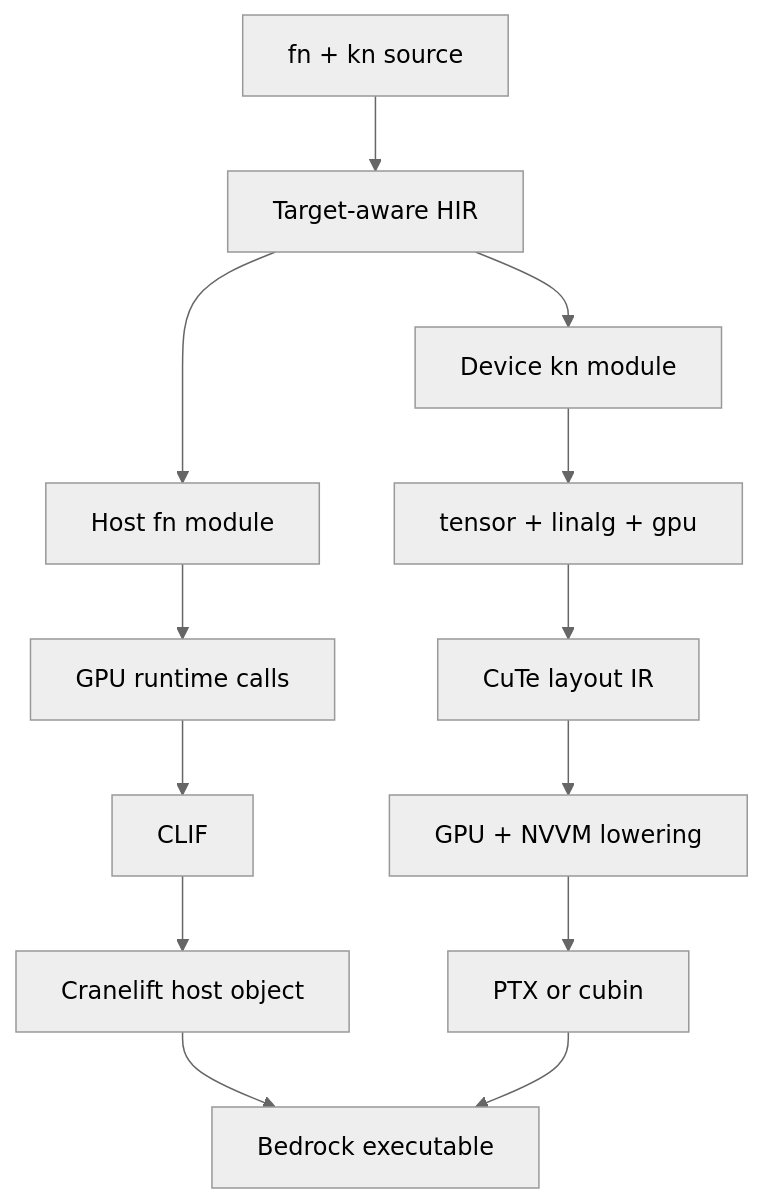
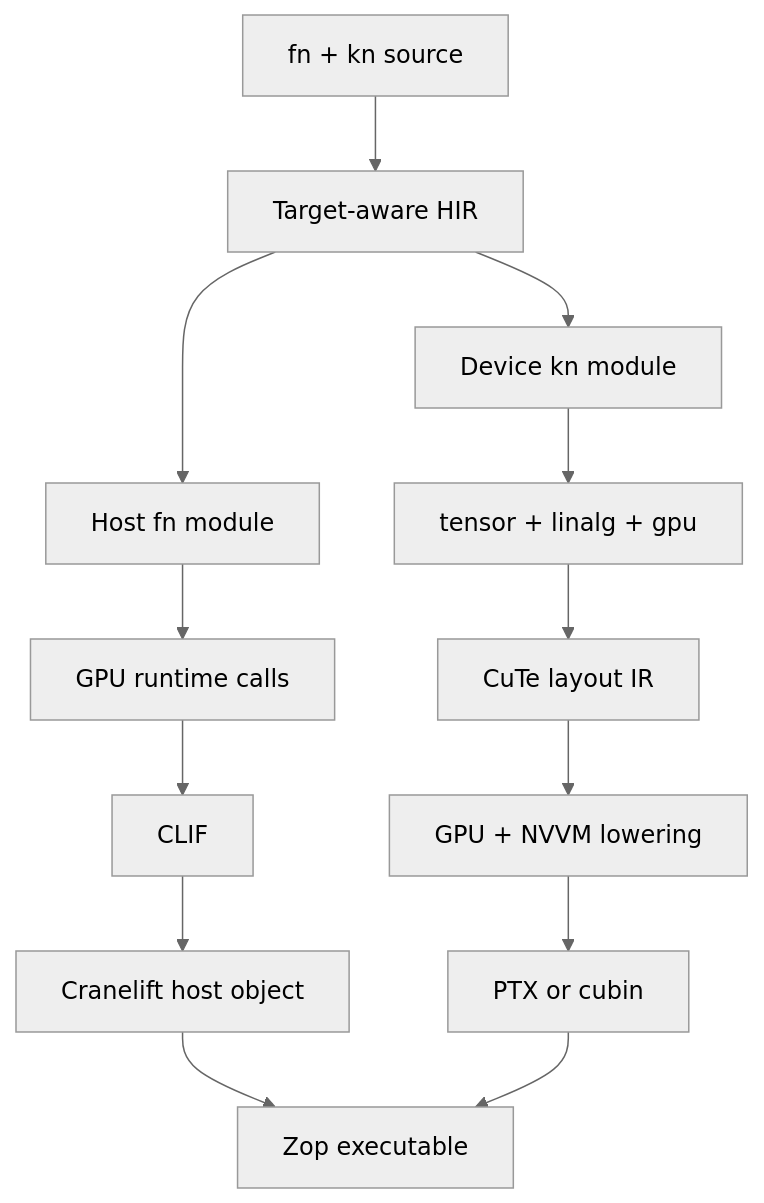
The diagram in docs/architecture/gpu.md (zop-lang/zop), drawn with Mermaid (neutral theme) before and after one commit. The commit also changed other lines of this file and 39 other files, not shown here.

Commit message:
docs(architecture): define zop contracts

````diff
--- a/docs/architecture/gpu.md
+++ b/docs/architecture/gpu.md
@@ -124,15 +124,15 @@
 ```mermaid
 flowchart TD
     source["fn + kn source"] --> hir["Target-aware HIR"]
     hir --> host["Host fn module"]
     hir --> device["Device kn module"]
     host --> calls["GPU runtime calls"]
     calls --> clif["CLIF"]
     clif --> cranelift["Cranelift host object"]
     device --> tensor["tensor + linalg + gpu"]
     tensor --> cute["CuTe layout IR"]
     cute --> nvvm["GPU + NVVM lowering"]
     nvvm --> image["PTX or cubin"]
-    cranelift --> bundle["Bedrock executable"]
+    cranelift --> bundle["Zop executable"]
     image --> bundle
 ```
````
